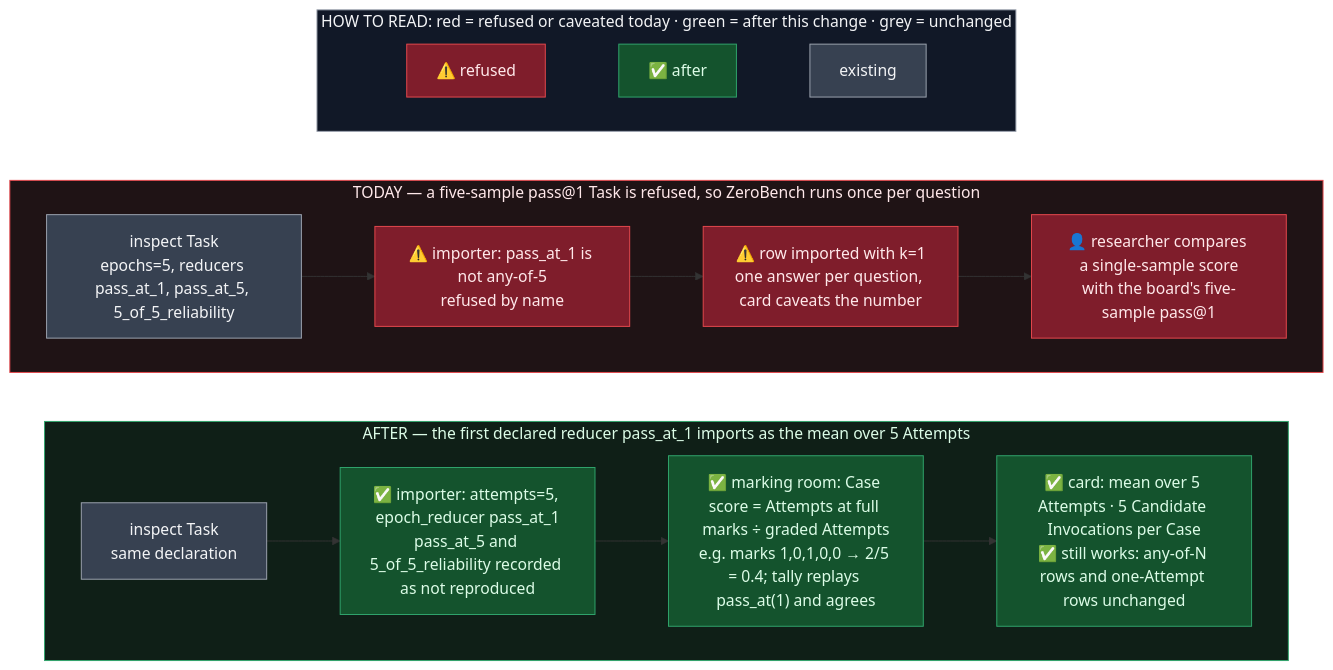
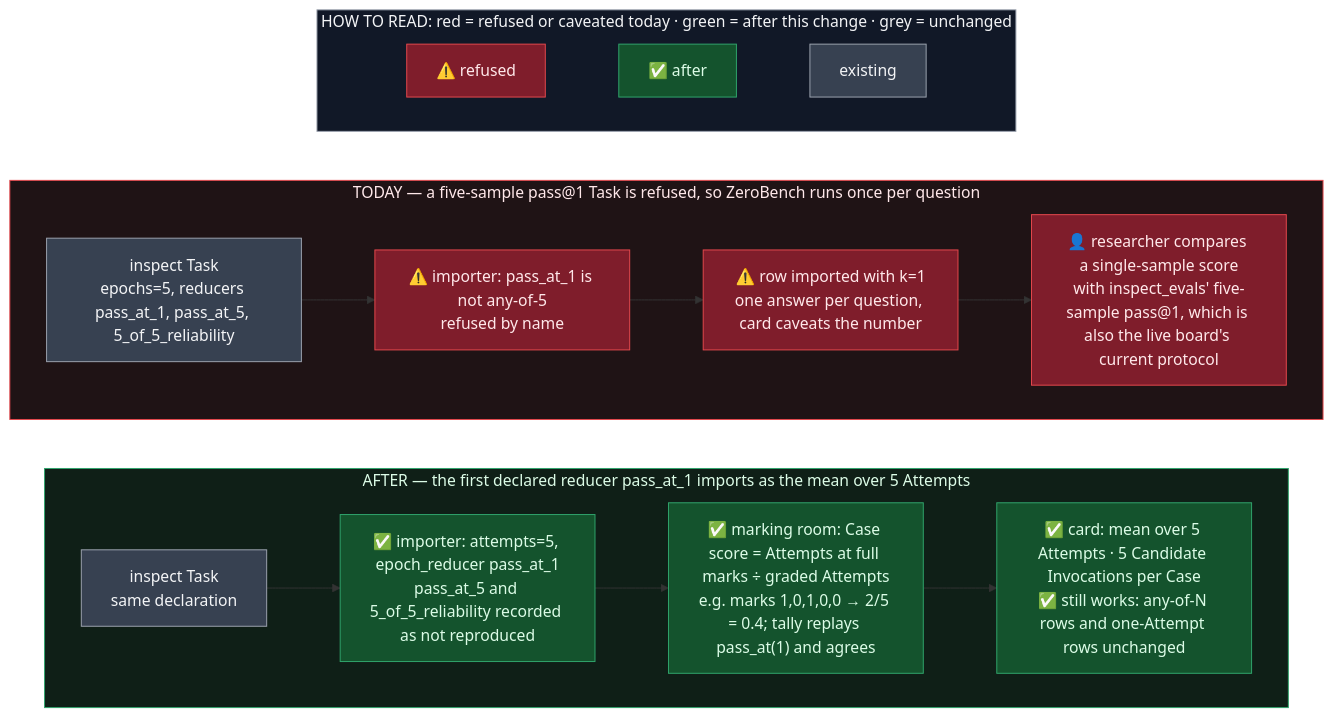
One commit to ScreamingFace/screamingface changed the diagram in docs/spec/2026-11-09-attempts-mean-fold.md. Above: the diagram before and after it, drawn with Mermaid. The commit also changed other lines of this file and 2 other files, not shown here.

Commit message:
docs(screamingface-engine): name both ZeroBench pass@1 protocols and the first-declared reducer as our convention

````diff
--- a/docs/spec/2026-11-09-attempts-mean-fold.md
+++ b/docs/spec/2026-11-09-attempts-mean-fold.md
@@ -37,23 +39,23 @@
 ```mermaid
 flowchart TB
   subgraph KEY["HOW TO READ: red = refused or caveated today · green = after this change · grey = unchanged"]
     direction LR
     k1["⚠️ refused"]:::bad ~~~ k2["✅ after"]:::good ~~~ k3["existing"]:::plain
   end
   subgraph TODAY["TODAY — a five-sample pass@1 Task is refused, so ZeroBench runs once per question"]
     direction LR
-    a1["inspect Task<br/>epochs=5, reducers pass_at_1, pass_at_5, 5_of_5_reliability"]:::plain --> a2["⚠️ importer: pass_at_1 is not any-of-5<br/>refused by name"]:::bad --> a3["⚠️ row imported with k=1<br/>one answer per question, card caveats the number"]:::bad --> a4["👤 researcher compares a single-sample score<br/>with the board's five-sample pass@1"]:::bad
+    a1["inspect Task<br/>epochs=5, reducers pass_at_1, pass_at_5, 5_of_5_reliability"]:::plain --> a2["⚠️ importer: pass_at_1 is not any-of-5<br/>refused by name"]:::bad --> a3["⚠️ row imported with k=1<br/>one answer per question, card caveats the number"]:::bad --> a4["👤 researcher compares a single-sample score<br/>with inspect_evals' five-sample pass@1, which is also the live board's current protocol"]:::bad
   end
   subgraph AFTER["AFTER — the first declared reducer pass_at_1 imports as the mean over 5 Attempts"]
     direction LR
     b1["inspect Task<br/>same declaration"]:::plain --> b2["✅ importer: attempts=5, epoch_reducer pass_at_1<br/>pass_at_5 and 5_of_5_reliability recorded as not reproduced"]:::good --> b3["✅ marking room: Case score = Attempts at full marks ÷ graded Attempts<br/>e.g. marks 1,0,1,0,0 → 2/5 = 0.4; tally replays pass_at(1) and agrees"]:::good --> b4["✅ card: mean over 5 Attempts · 5 Candidate Invocations per Case<br/>✅ still works: any-of-N rows and one-Attempt rows unchanged"]:::good
   end
   KEY ~~~ TODAY
   TODAY ~~~ AFTER
   classDef bad   fill:#7f1d2b,stroke:#e5484d,color:#ffe8ea
   classDef good  fill:#14532d,stroke:#30a46c,color:#dcfce7
   classDef plain fill:#374151,stroke:#9ca3af,color:#f3f4f6
   style KEY fill:#111827,stroke:#9ca3af,color:#f3f4f6
   style TODAY fill:#1f1315,stroke:#e5484d,color:#ffe8ea
   style AFTER fill:#0f1f17,stroke:#30a46c,color:#dcfce7
 ```
````
